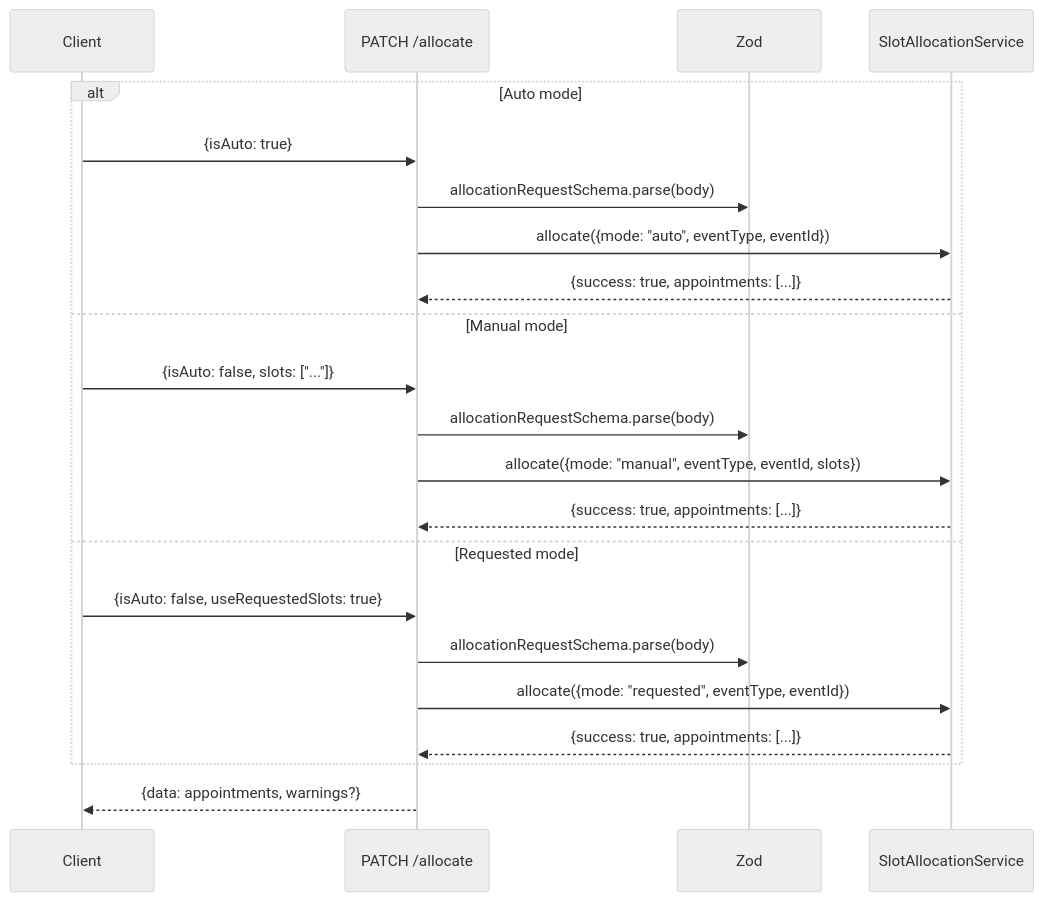
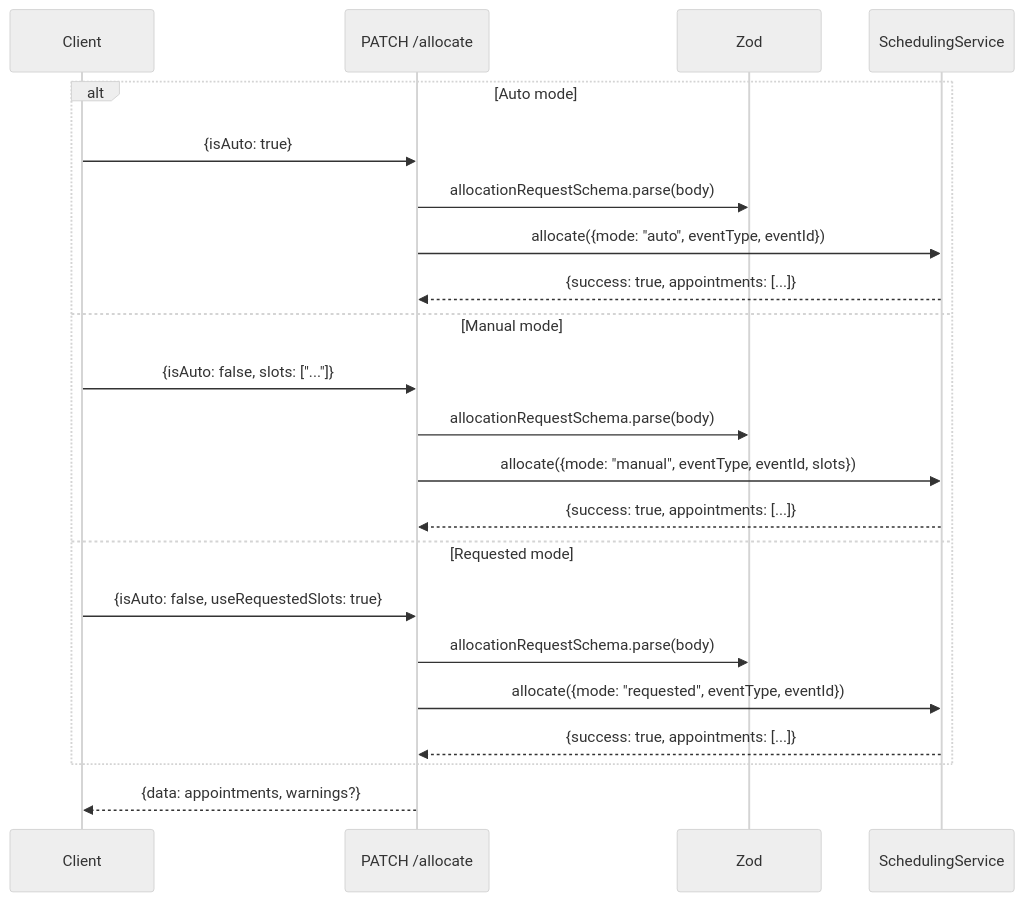
Before and after one commit to Practitionist/familiarise_web: the second of 2 diagrams in docs/booking/04-api-reference.md, drawn with Mermaid (neutral theme). The commit also changed other lines of this file and 107 other files, not shown here.

````diff
--- a/docs/booking/04-api-reference.md
+++ b/docs/booking/04-api-reference.md
@@ -124,26 +124,26 @@
 ```mermaid
 sequenceDiagram
     participant Client
     participant API as PATCH /allocate
     participant Zod
-    participant SA as SlotAllocationService
+    participant SA as SchedulingService
 
     alt Auto mode
         Client->>API: {isAuto: true}
         API->>Zod: allocationRequestSchema.parse(body)
         API->>SA: allocate({mode: "auto", eventType, eventId})
         SA-->>API: {success: true, appointments: [...]}
     else Manual mode
         Client->>API: {isAuto: false, slots: ["..."]}
         API->>Zod: allocationRequestSchema.parse(body)
         API->>SA: allocate({mode: "manual", eventType, eventId, slots})
         SA-->>API: {success: true, appointments: [...]}
     else Requested mode
         Client->>API: {isAuto: false, useRequestedSlots: true}
         API->>Zod: allocationRequestSchema.parse(body)
         API->>SA: allocate({mode: "requested", eventType, eventId})
         SA-->>API: {success: true, appointments: [...]}
     end
 
     API-->>Client: {data: appointments, warnings?}
 ```
````
